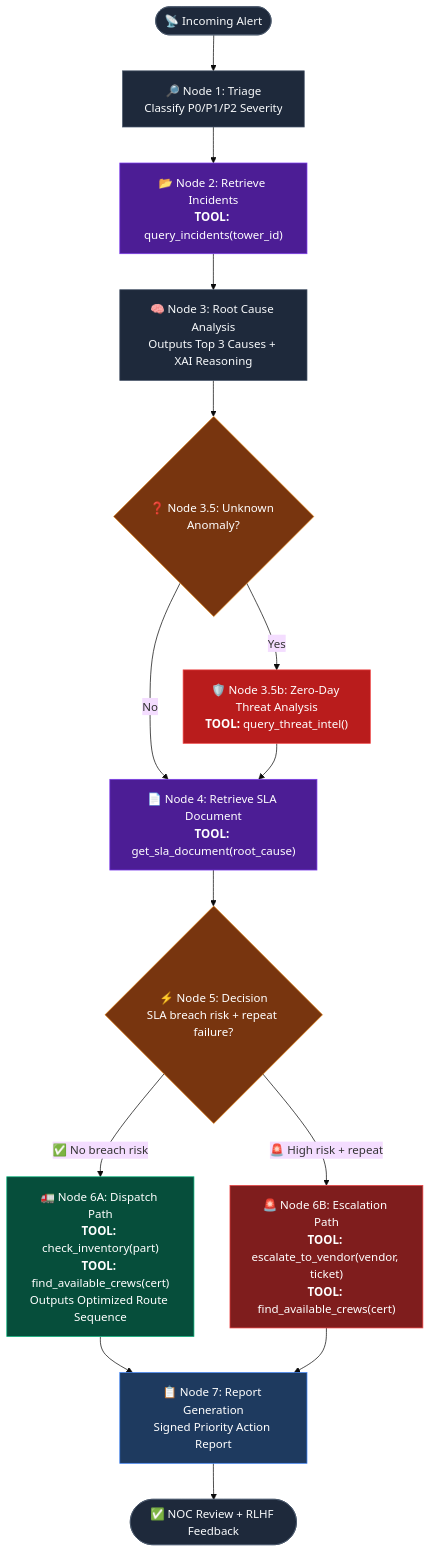
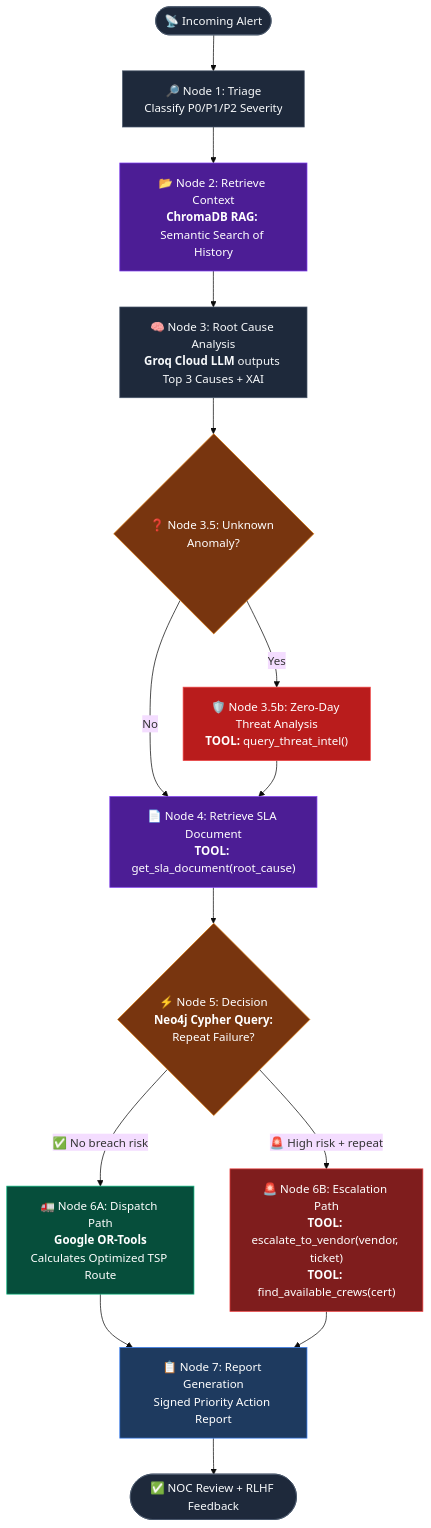
The diagram in README.md (geanremona/telecom_agent), drawn with Mermaid (base theme) before and after one commit. The commit also changed other lines of this file and 2 other files, not shown here.

Commit message:
docs: Add security audit report, update HeyGen pitch, and update architecture diagram with TSLAM-4B concepts

````diff
--- a/README.md
+++ b/README.md
@@ -41,37 +39,37 @@
 ```mermaid
 flowchart TD
     classDef default fill:#1E293B,stroke:#475569,color:#F8FAFC
     classDef retrieval fill:#4C1D95,stroke:#7C3AED,color:#fff
     classDef decision fill:#78350F,stroke:#D97706,color:#fff
     classDef dispatch fill:#064E3B,stroke:#10B981,color:#fff
     classDef escalate fill:#7F1D1D,stroke:#EF4444,color:#fff
     classDef report fill:#1E3A5F,stroke:#3B82F6,color:#fff
     classDef threat fill:#B91C1C,stroke:#EF4444,color:#fff
 
     Start([📡 Incoming Alert]) --> Triage
     
     Triage["🔎 Node 1: Triage<br/>Classify P0/P1/P2 Severity"] --> Retrieve1
 
-    Retrieve1["📂 Node 2: Retrieve Incidents<br/><b>TOOL:</b> query_incidents(tower_id)"]:::retrieval --> RCA
+    Retrieve1["📂 Node 2: Retrieve Context<br/><b>ChromaDB RAG:</b> Semantic Search of History"]:::retrieval --> RCA
 
-    RCA["🧠 Node 3: Root Cause Analysis<br/>Outputs Top 3 Causes + XAI Reasoning"] --> RCACondition
+    RCA["🧠 Node 3: Root Cause Analysis<br/><b>Groq Cloud LLM</b> outputs Top 3 Causes + XAI"] --> RCACondition
 
     RCACondition{"❓ Node 3.5: Unknown Anomaly?"}:::decision
     RCACondition -->|"Yes"| ThreatAnalysis
     RCACondition -->|"No"| Retrieve2
 
     ThreatAnalysis["🛡️ Node 3.5b: Zero-Day Threat Analysis<br/><b>TOOL:</b> query_threat_intel()"]:::threat --> Retrieve2
 
     Retrieve2["📄 Node 4: Retrieve SLA Document<br/><b>TOOL:</b> get_sla_document(root_cause)"]:::retrieval --> Decision
 
-    Decision{"⚡ Node 5: Decision<br/>SLA breach risk + repeat failure?"}:::decision
+    Decision{"⚡ Node 5: Decision<br/><b>Neo4j Cypher Query:</b><br/>Repeat Failure?"}:::decision
 
     Decision -->|"✅ No breach risk"| Dispatch
     Decision -->|"🚨 High risk + repeat"| Escalate
 
-    Dispatch["🚛 Node 6A: Dispatch Path<br/><b>TOOL:</b> check_inventory(part)<br/><b>TOOL:</b> find_available_crews(cert)<br/>Outputs Optimized Route Sequence"]:::dispatch --> Report
+    Dispatch["🚛 Node 6A: Dispatch Path<br/><b>Google OR-Tools</b><br/>Calculates Optimized TSP Route"]:::dispatch --> Report
 
     Escalate["🚨 Node 6B: Escalation Path<br/><b>TOOL:</b> escalate_to_vendor(vendor, ticket)<br/><b>TOOL:</b> find_available_crews(cert)"]:::escalate --> Report
 
     Report["📋 Node 7: Report Generation<br/>Signed Priority Action Report"]:::report --> End([✅ NOC Review + RLHF Feedback])
 ```
````
